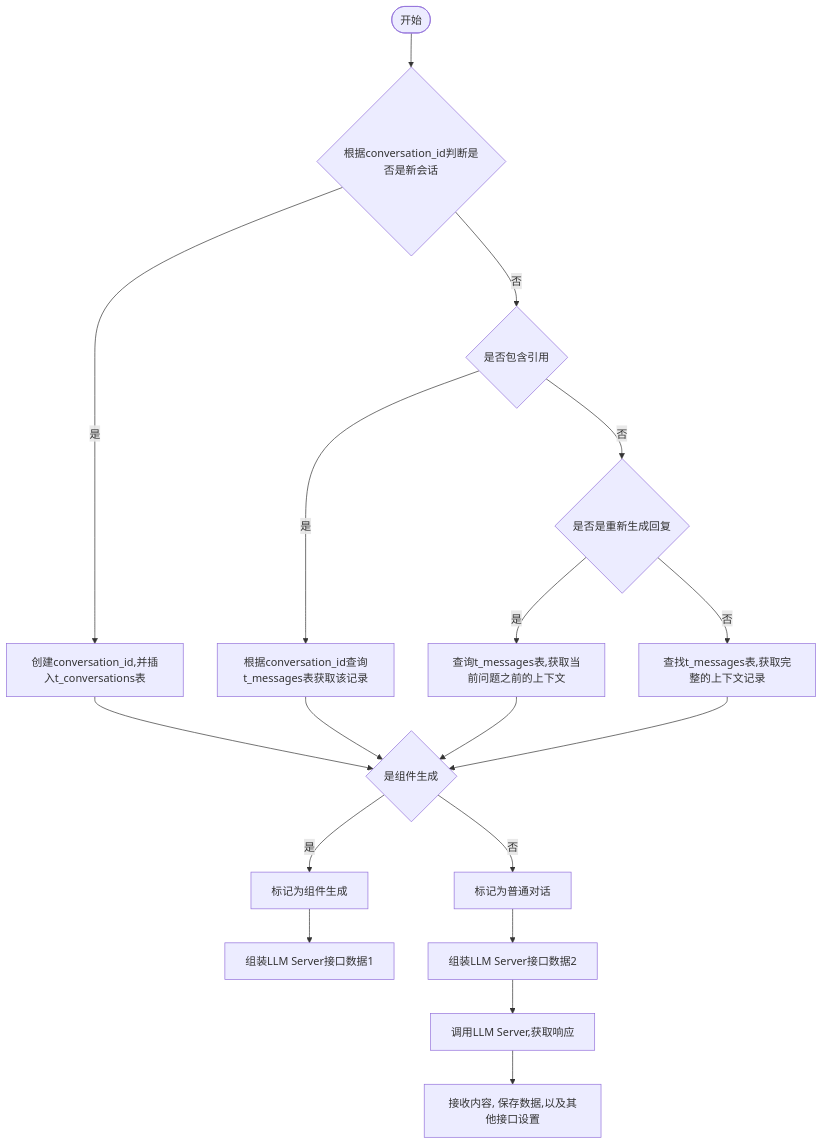
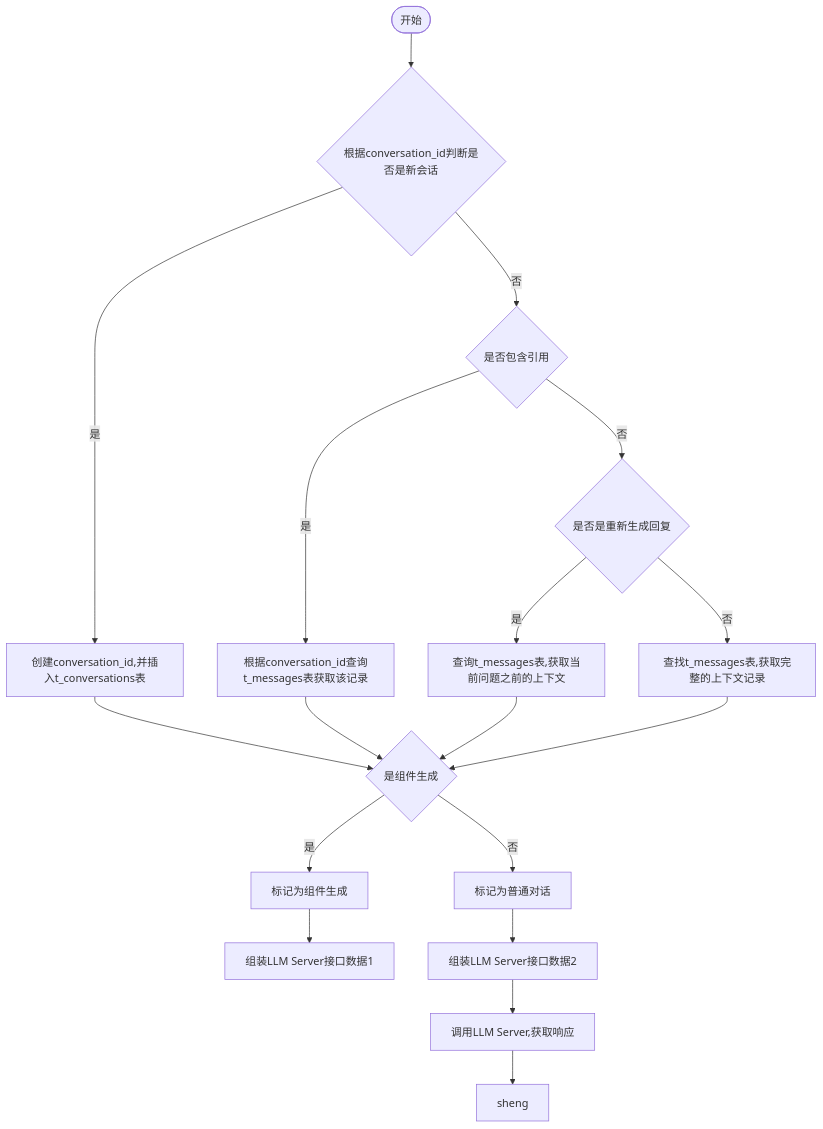
The diagram in all/未命名-7.md (yingjianzh/iodraw-files), drawn with Mermaid before and after one commit.

Commit message:
2024-10-12 14:31:02 update

````diff
--- a/all/未命名-7.md
+++ b/all/未命名-7.md
@@ -1,20 +1,20 @@
 ```mermaid
 flowchart TD
     A([开始]) --> B{根据conversation_id判断是否是新会话}
     B -- 是 --> C[创建conversation_id,并插入t_conversations表]
     B -- 否 --> D{是否包含引用}
     D -- 是 --> E[根据conversation_id查询t_messages表获取该记录]
     D -- 否 --> F{是否是重新生成回复}
     F -- 是 --> G[查询t_messages表,获取当前问题之前的上下文]
     F -- 否 --> H[查找t_messages表,获取完整的上下文记录]
      
     C & E & G & H --> I{是组件生成}
     I -- 是 --> J[标记为组件生成]
     I -- 否 --> K[标记为普通对话]
 
     J --> L[组装LLM Server接口数据1]    
     K --> M[组装LLM Server接口数据2]    
     M --> N[调用LLM Server,获取响应]    
-    N --> O[接收内容, 保存数据,以及其他接口设置]
+    N --> O[sheng]
 
 ```
````
